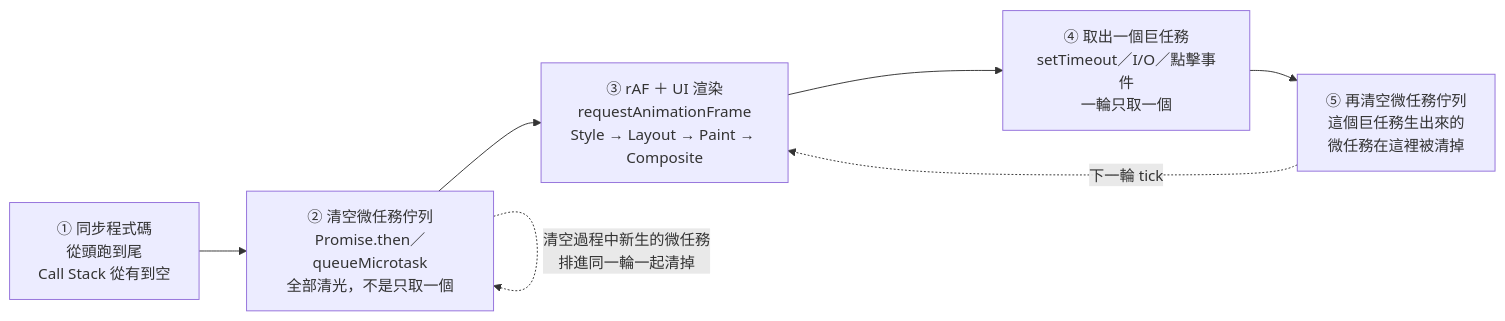
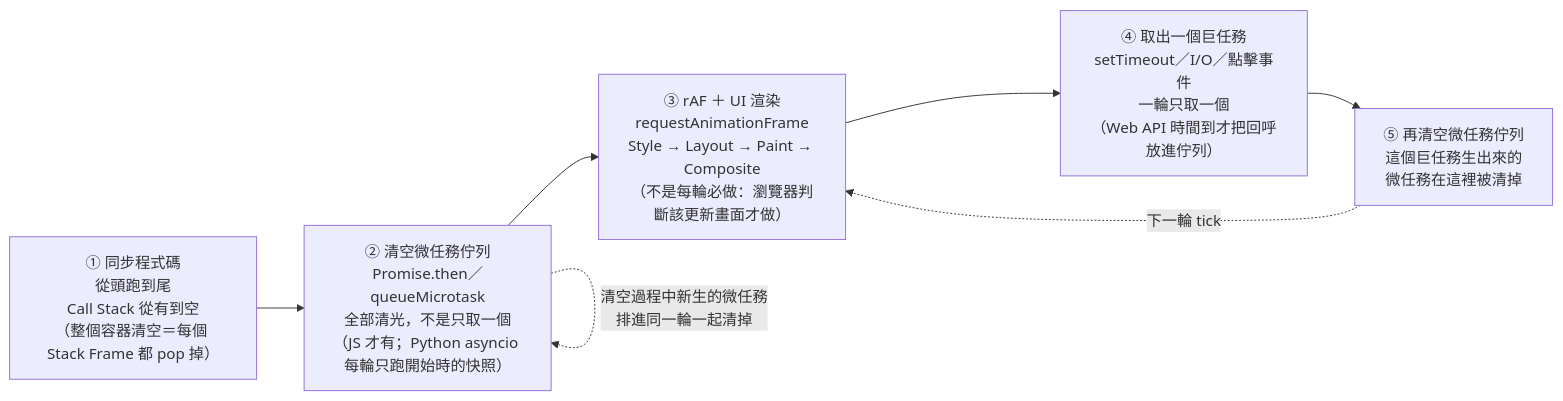
One commit to Abbychickenfillet-github/golang-and-TS-others-md-files changed the diagram in frontend-docs/javascript/JS_Core_and_Runtime/事件循環-Event-Loop-微任務與巨任務.md. Above: the diagram before and after it, drawn with Mermaid. The commit also changed other lines of this file and 1 other file, not shown here.

First line of the commit message:
feat(notes): Event Loop 筆記加入 Call Stack／Stack Frame 圖片 hover 與回呼說明，補步驟括號說明並更正 Event Loop 歸屬

````diff
--- a/frontend-docs/javascript/JS_Core_and_Runtime/事件循環-Event-Loop-微任務與巨任務.md
+++ b/frontend-docs/javascript/JS_Core_and_Runtime/事件循環-Event-Loop-微任務與巨任務.md
@@ -75,9 +86,9 @@
 ```mermaid
 flowchart LR
-    A["① 同步程式碼<br/>從頭跑到尾<br/>Call Stack 從有到空"] --> B["② 清空微任務佇列<br/>Promise.then／queueMicrotask<br/>全部清光，不是只取一個"]
-    B --> C["③ rAF ＋ UI 渲染<br/>requestAnimationFrame<br/>Style → Layout → Paint → Composite"]
-    C --> D["④ 取出一個巨任務<br/>setTimeout／I/O／點擊事件<br/>一輪只取一個"]
+    A["① 同步程式碼<br/>從頭跑到尾<br/>Call Stack 從有到空<br/>（整個容器清空＝每個 Stack Frame 都 pop 掉）"] --> B["② 清空微任務佇列<br/>Promise.then／queueMicrotask<br/>全部清光，不是只取一個<br/>（JS 才有；Python asyncio 每輪只跑開始時的快照）"]
+    B --> C["③ rAF ＋ UI 渲染<br/>requestAnimationFrame<br/>Style → Layout → Paint → Composite<br/>（不是每輪必做：瀏覽器判斷該更新畫面才做）"]
+    C --> D["④ 取出一個巨任務<br/>setTimeout／I/O／點擊事件<br/>一輪只取一個<br/>（Web API 時間到才把回呼放進佇列）"]
     D --> E["⑤ 再清空微任務佇列<br/>這個巨任務生出來的<br/>微任務在這裡被清掉"]
     E -.->|"下一輪 tick"| C
     B -.->|"清空過程中新生的微任務<br/>排進同一輪一起清掉"| B
 ```
````
